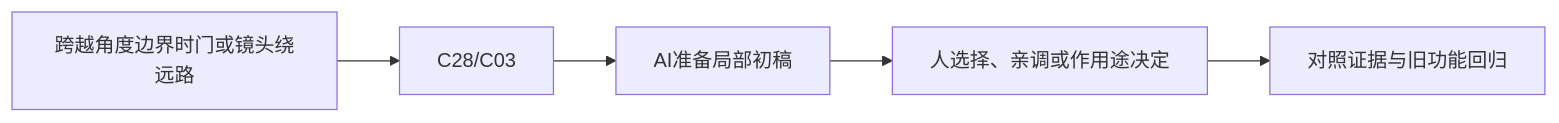
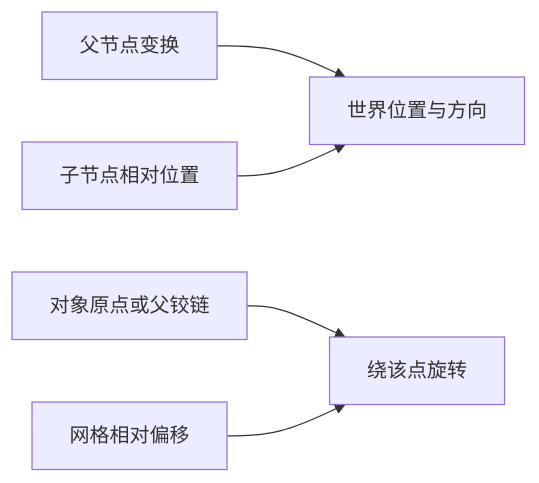
One commit to Zilur/ai-3d-game-learning changed the diagram in curriculum/lessons/A03.md. Above: the diagram before and after it, drawn with Mermaid. The commit also changed other lines of this file and 164 other files, not shown here.

Commit message:
docs: publish 47 step-by-step AI lesson flows, world upgrade and optional training corner

````diff
--- a/curriculum/lessons/A03.md
+++ b/curriculum/lessons/A03.md
@@ -38,7 +35,7 @@
 ```mermaid
 flowchart LR
-  S["跨越角度边界时门或镜头绕远路"] --> K["C28/C03"]
-  K --> AI["AI准备局部初稿"]
-  AI --> H["人选择、亲调或作用途决定"]
-  H --> V["对照证据与旧功能回归"]
+ P["父节点变换"] --> W["世界位置与方向"]
+ L["子节点相对位置"] --> W
+ O["对象原点或父铰链"] --> R["绕该点旋转"]
+ M["网格相对偏移"] --> R
 ```
````
